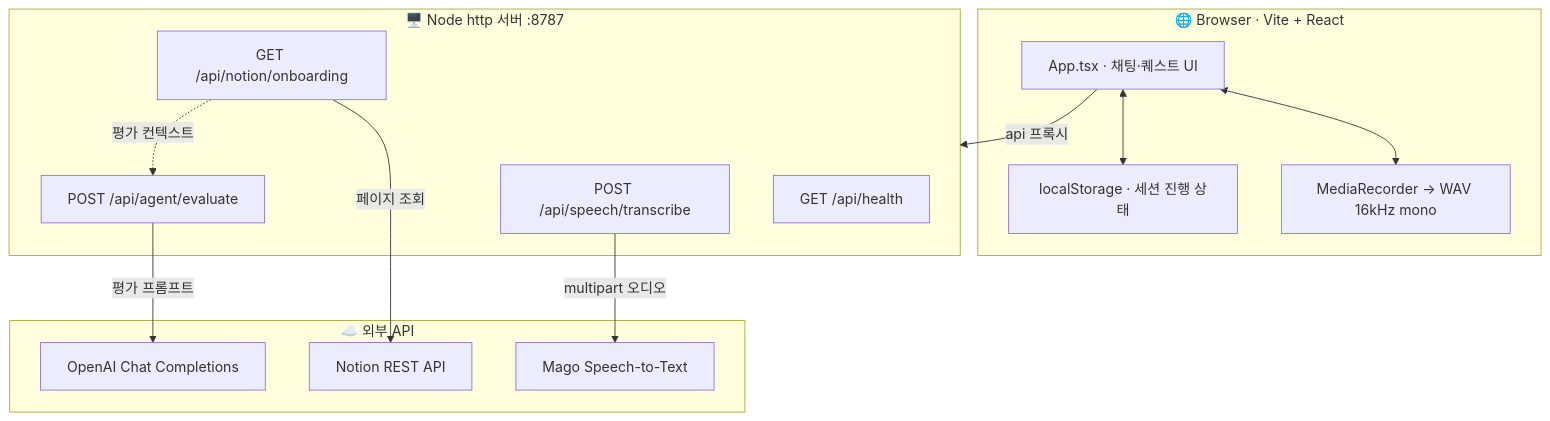
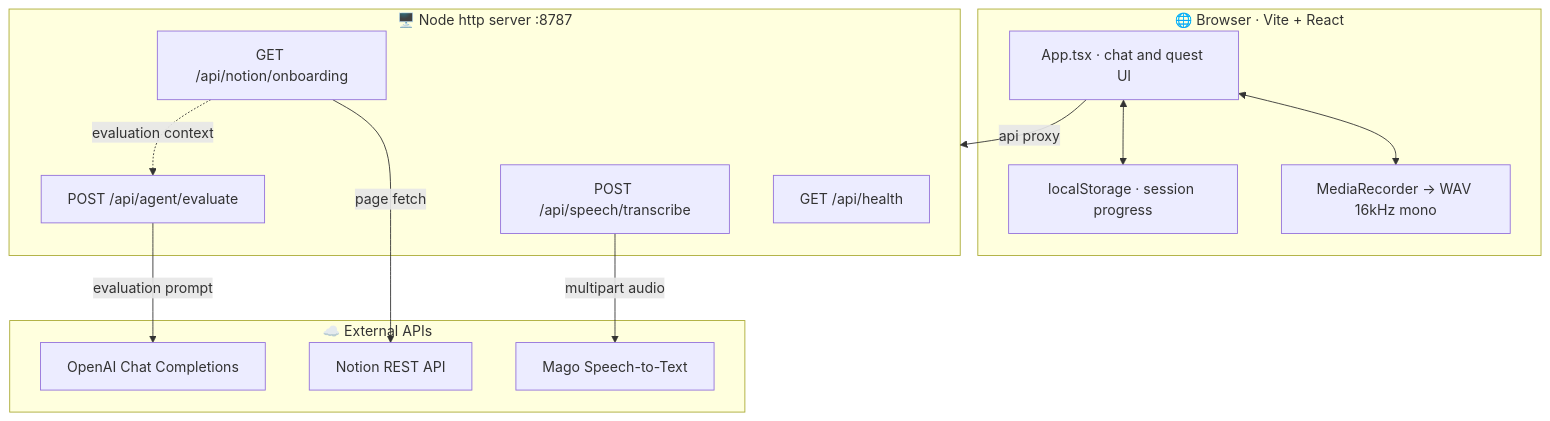
One commit to magogalois/persona-agent-factory-galois changed the second of 3 diagrams in README.md. Above: the diagram before and after it, drawn with Mermaid. The commit also changed other lines of this file, not shown here.

````diff
--- a/README.md
+++ b/README.md
@@ -66,29 +68,29 @@
 ```mermaid
 flowchart TB
     subgraph Browser["🌐 Browser · Vite + React"]
-        UI["App.tsx · 채팅·퀘스트 UI"]
+        UI["App.tsx · chat and quest UI"]
         REC["MediaRecorder → WAV 16kHz mono"]
-        STORE["localStorage · 세션 진행 상태"]
+        STORE["localStorage · session progress"]
         UI <--> REC
         UI <--> STORE
     end
 
-    subgraph Backend["🖥️ Node http 서버 :8787"]
+    subgraph Backend["🖥️ Node http server :8787"]
         H["GET /api/health"]
         EV["POST /api/agent/evaluate"]
         TR["POST /api/speech/transcribe"]
         NO["GET /api/notion/onboarding"]
     end
 
-    subgraph External["☁️ 외부 API"]
+    subgraph External["☁️ External APIs"]
         MAGO["Mago Speech-to-Text"]
         OAI["OpenAI Chat Completions"]
         NOTION["Notion REST API"]
     end
 
-    UI -->|"api 프록시"| Backend
-    TR -->|"multipart 오디오"| MAGO
-    EV -->|"평가 프롬프트"| OAI
-    NO -->|"페이지 조회"| NOTION
-    NO -.->|"평가 컨텍스트"| EV
+    UI -->|"api proxy"| Backend
+    TR -->|"multipart audio"| MAGO
+    EV -->|"evaluation prompt"| OAI
+    NO -->|"page fetch"| NOTION
+    NO -.->|"evaluation context"| EV
 ```
````
